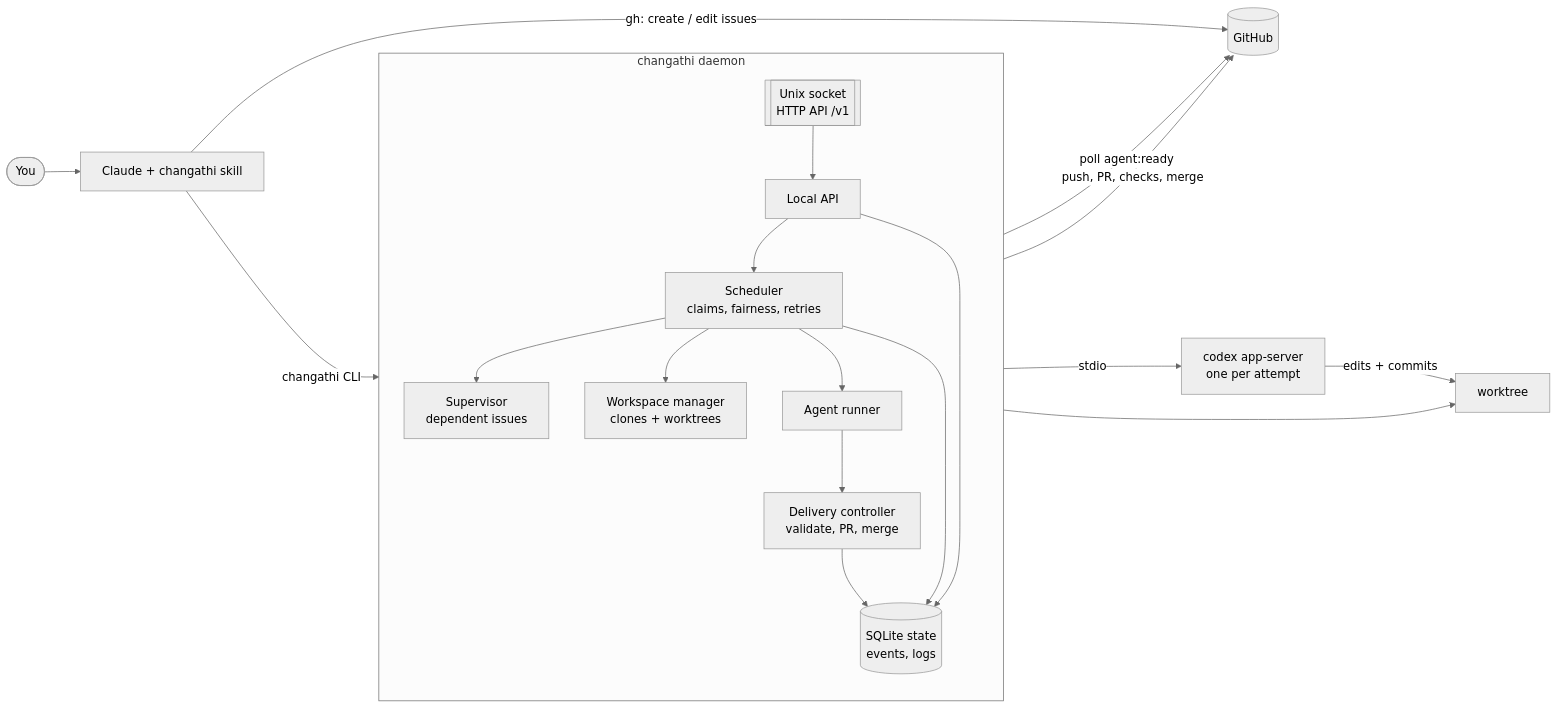
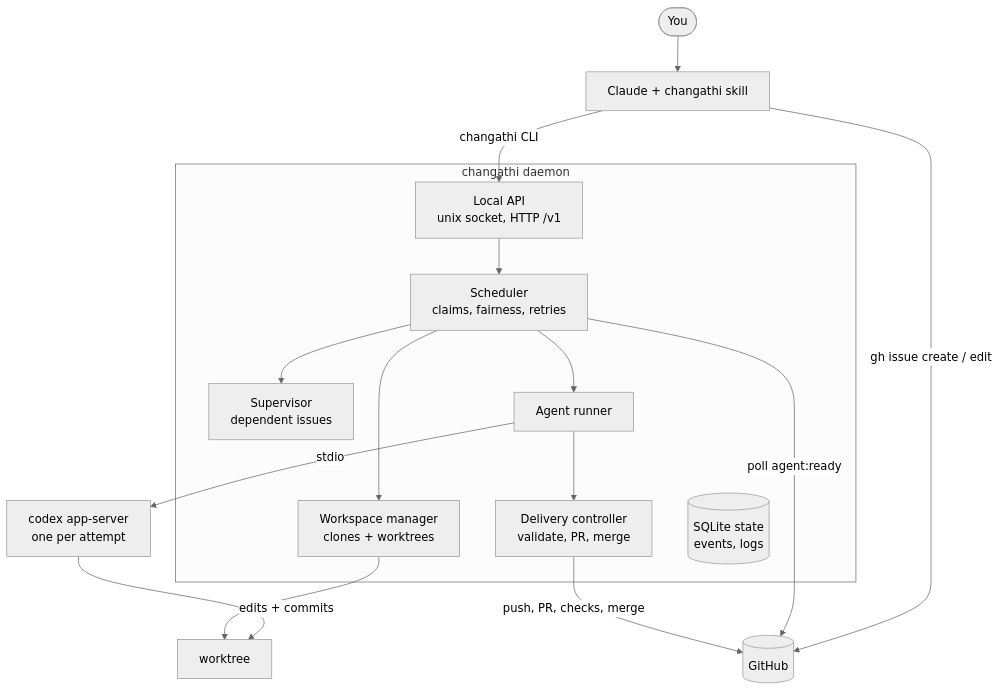
Before and after one commit to actuallyKasi/changathi: the first of 3 diagrams in README.md, drawn with Mermaid (neutral theme). The commit also changed other lines of this file, not shown here.

Commit message:
Lay out the README architecture diagram top-down so it renders larger

````diff
--- a/README.md
+++ b/README.md
@@ -112,23 +112,21 @@
 ```mermaid
-flowchart LR
+flowchart TB
     you(["You"]) --> claude["Claude + changathi skill"]
-    claude -- "changathi CLI" --> sock[["Unix socket<br/>HTTP API /v1"]]
-    claude -- "gh: create / edit issues" --> gh[("GitHub")]
+    claude -- "changathi CLI" --> api
+    claude -- "gh issue create / edit" --> gh[("GitHub")]
 
     subgraph daemon["changathi daemon"]
-        direction TB
-        sock --> api["Local API"]
-        api --> sched["Scheduler<br/>claims, fairness, retries"]
+        api["Local API<br/>unix socket, HTTP /v1"] --> sched["Scheduler<br/>claims, fairness, retries"]
         sched --> sup["Supervisor<br/>dependent issues"]
         sched --> ws["Workspace manager<br/>clones + worktrees"]
         sched --> runner["Agent runner"]
         runner --> deliver["Delivery controller<br/>validate, PR, merge"]
-        api & sched & deliver --> store[("SQLite state<br/>events, logs")]
+        store[("SQLite state<br/>events, logs")]
     end
 
     sched -- "poll agent:ready" --> gh
     deliver -- "push, PR, checks, merge" --> gh
     runner -- "stdio" --> codex["codex app-server<br/>one per attempt"]
     codex -- "edits + commits" --> wt["worktree"]
     ws --> wt
 ```
````
